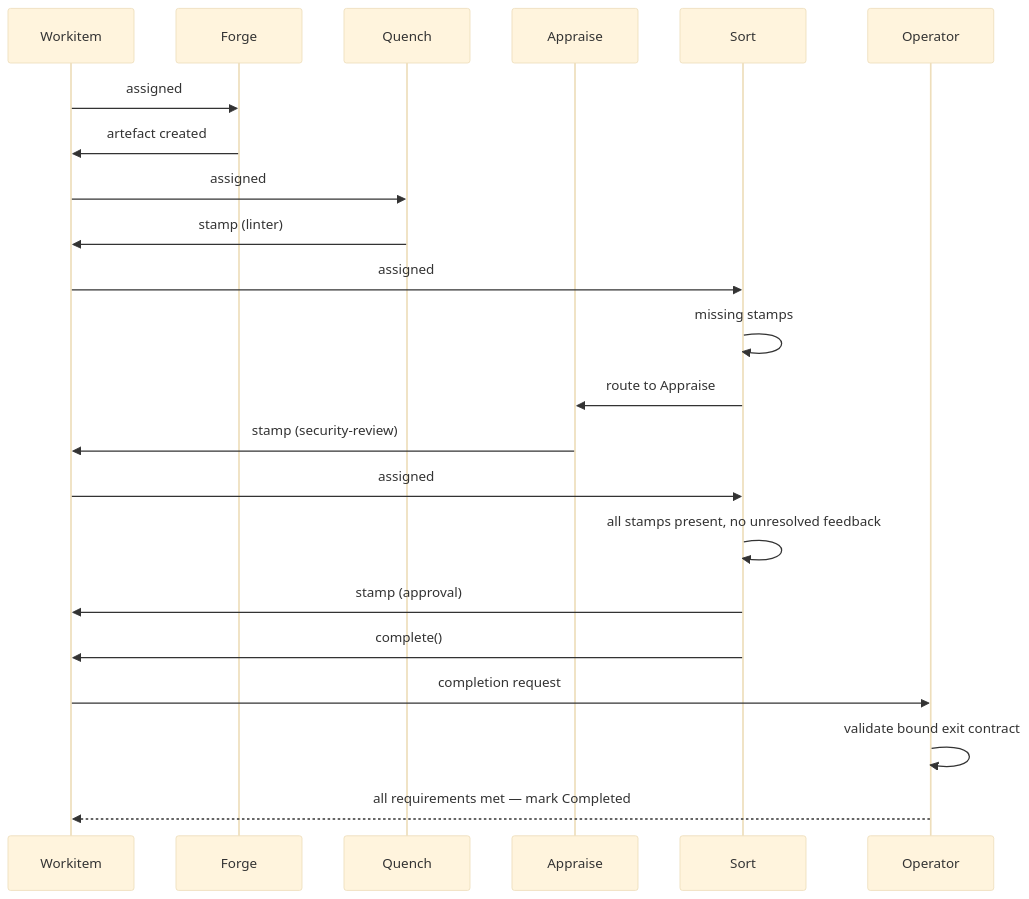
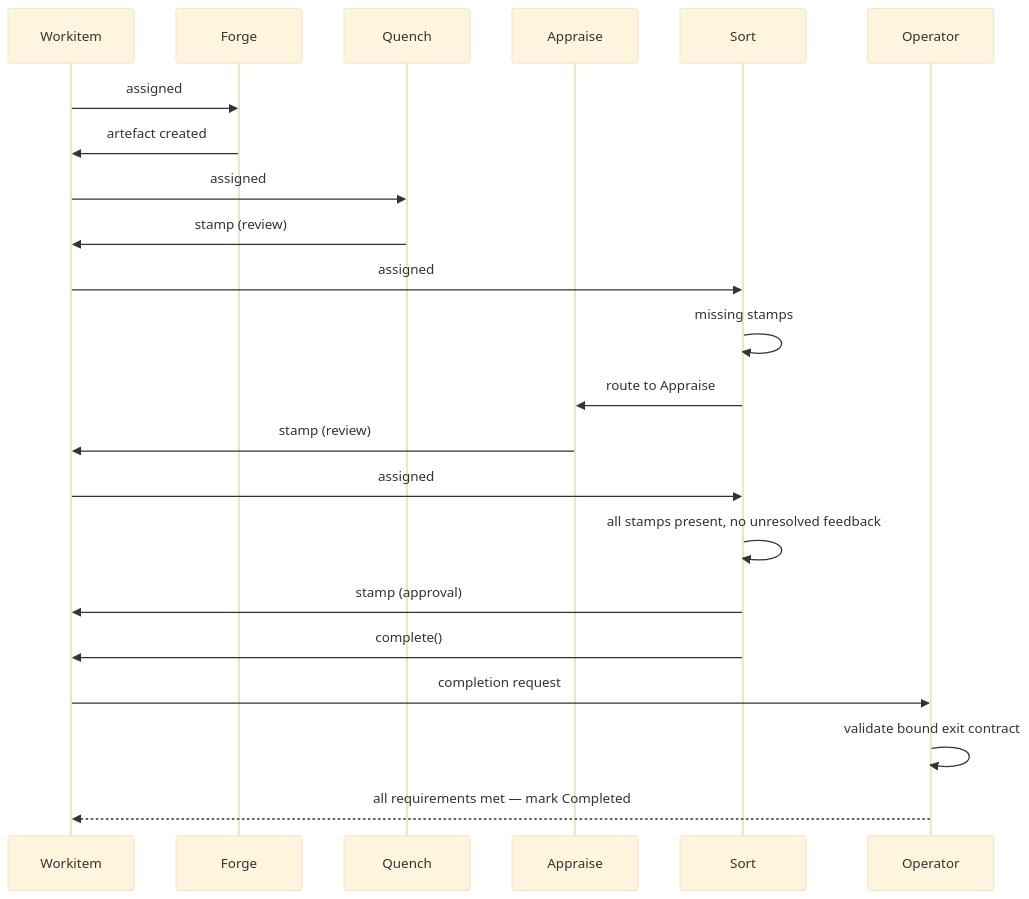
Before and after one commit to really-knows-ai/gideas: the first of 2 diagrams in specs/01-concepts/00-overview.md, drawn with Mermaid (base theme). The commit also changed other lines of this file and 22 other files, not shown here.

````diff
--- a/specs/01-concepts/00-overview.md
+++ b/specs/01-concepts/00-overview.md
@@ -101,25 +101,25 @@
 ```mermaid
 sequenceDiagram
     participant W as Workitem
     participant F as Forge
     participant Q as Quench
     participant A as Appraise
     participant S as Sort
     participant O as Operator
 
     W->>F: assigned
     F->>W: artefact created
     W->>Q: assigned
-    Q->>W: stamp (linter)
+    Q->>W: stamp (review)
     W->>S: assigned
     S->>S: missing stamps
     S->>A: route to Appraise
-    A->>W: stamp (security-review)
+    A->>W: stamp (review)
     W->>S: assigned
     S->>S: all stamps present, no unresolved feedback
     S->>W: stamp (approval)
     S->>W: complete()
     W->>O: completion request
     O->>O: validate bound exit contract
     O-->>W: all requirements met — mark Completed
 ```
````
